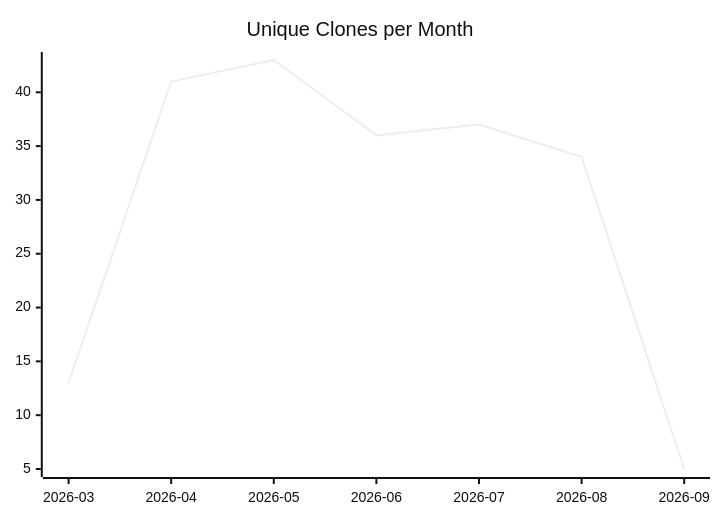
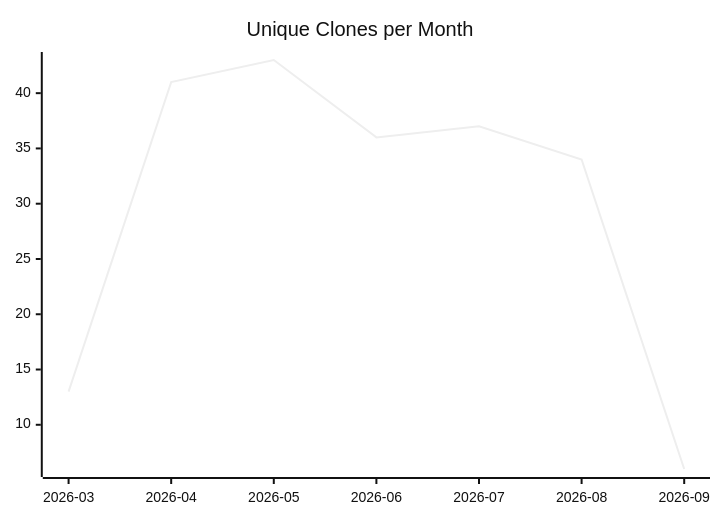
The third of 3 diagrams in karlmdavis/usgs-water-api-java/README.md (justdavis-family/github-analytics-data), drawn with Mermaid (neutral theme) before and after one commit. The commit also changed other lines of this file and 189 other files, not shown here.

````diff
--- a/karlmdavis/usgs-water-api-java/README.md
+++ b/karlmdavis/usgs-water-api-java/README.md
@@ -19,6 +19,6 @@
 ```mermaid
 xychart-beta
   title "Unique Clones per Month"
   x-axis ["2026-03", "2026-04", "2026-05", "2026-06", "2026-07", "2026-08", "2026-09"]
-  line [13, 41, 43, 36, 37, 34, 5]
+  line [13, 41, 43, 36, 37, 34, 6]
 ```
````
